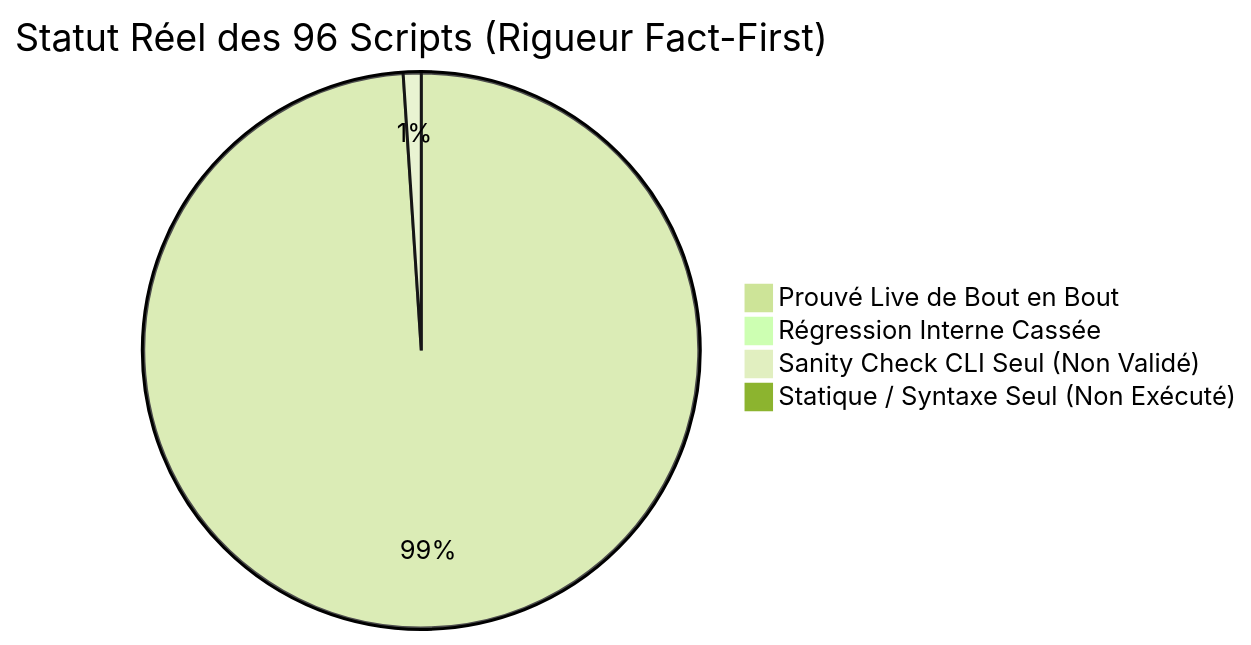
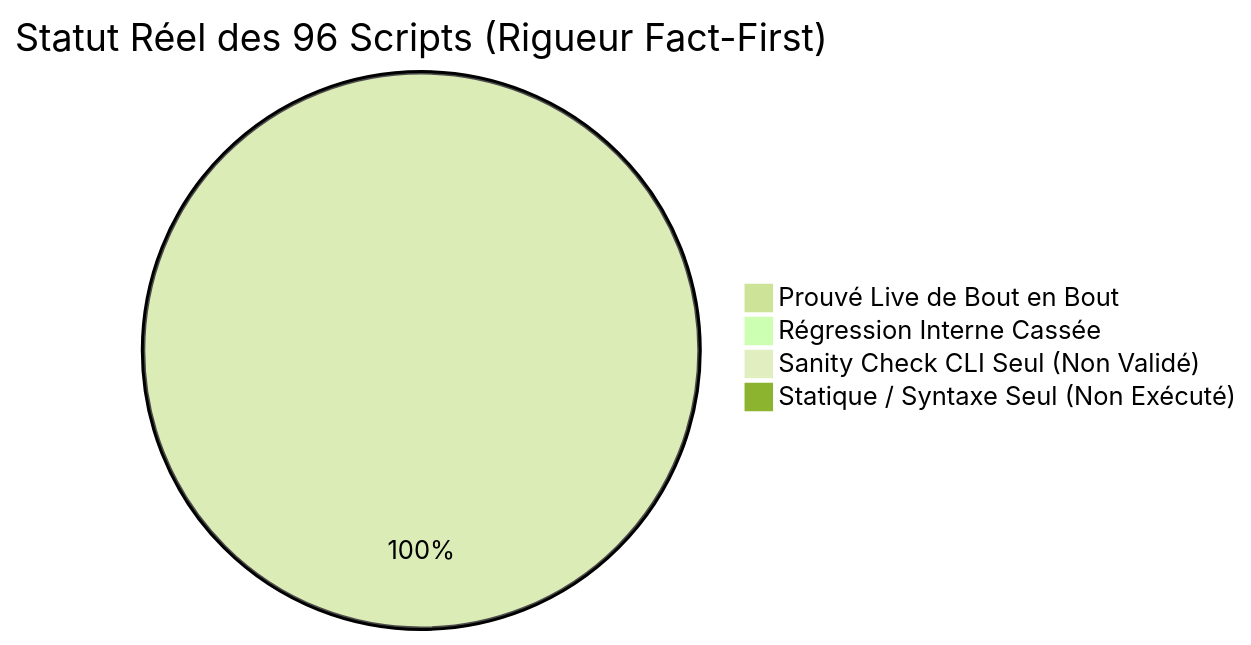
The diagram in docs/reference/2026-11-10-audit-exhaustif-scripts-regressions.md (yoyonel/pydbsrt), drawn with Mermaid (forest theme) before and after one commit. The commit also changed other lines of this file and 2 other files, not shown here.

Commit message:
fix(ingestion): dynamic root, absolute report paths and check mode in scan nas ftp (#69)

````diff
--- a/docs/reference/2026-11-10-audit-exhaustif-scripts-regressions.md
+++ b/docs/reference/2026-11-10-audit-exhaustif-scripts-regressions.md
@@ -16,7 +16,7 @@
 ```mermaid
 pie title Statut Réel des 96 Scripts (Rigueur Fact-First)
-    "Prouvé Live de Bout en Bout" : 95
+    "Prouvé Live de Bout en Bout" : 96
     "Régression Interne Cassée" : 0
-    "Sanity Check CLI Seul (Non Validé)" : 1
+    "Sanity Check CLI Seul (Non Validé)" : 0
     "Statique / Syntaxe Seul (Non Exécuté)" : 0
 ```
````
